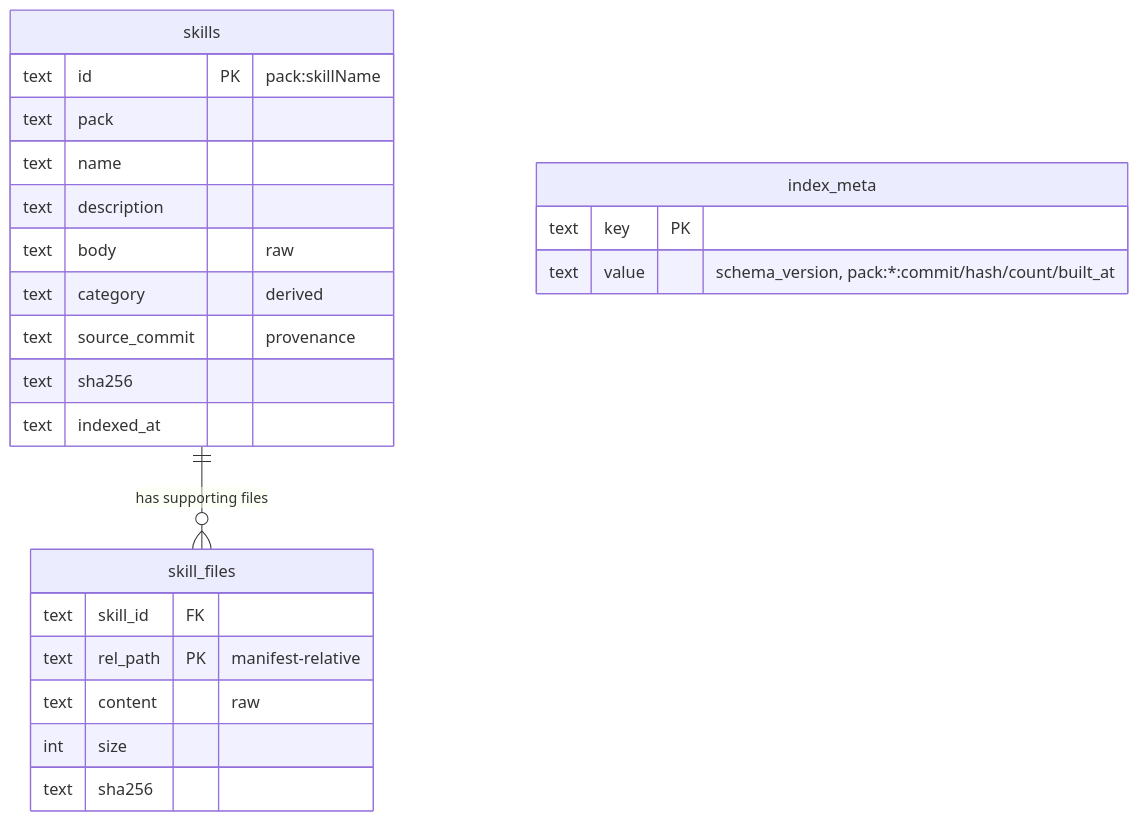
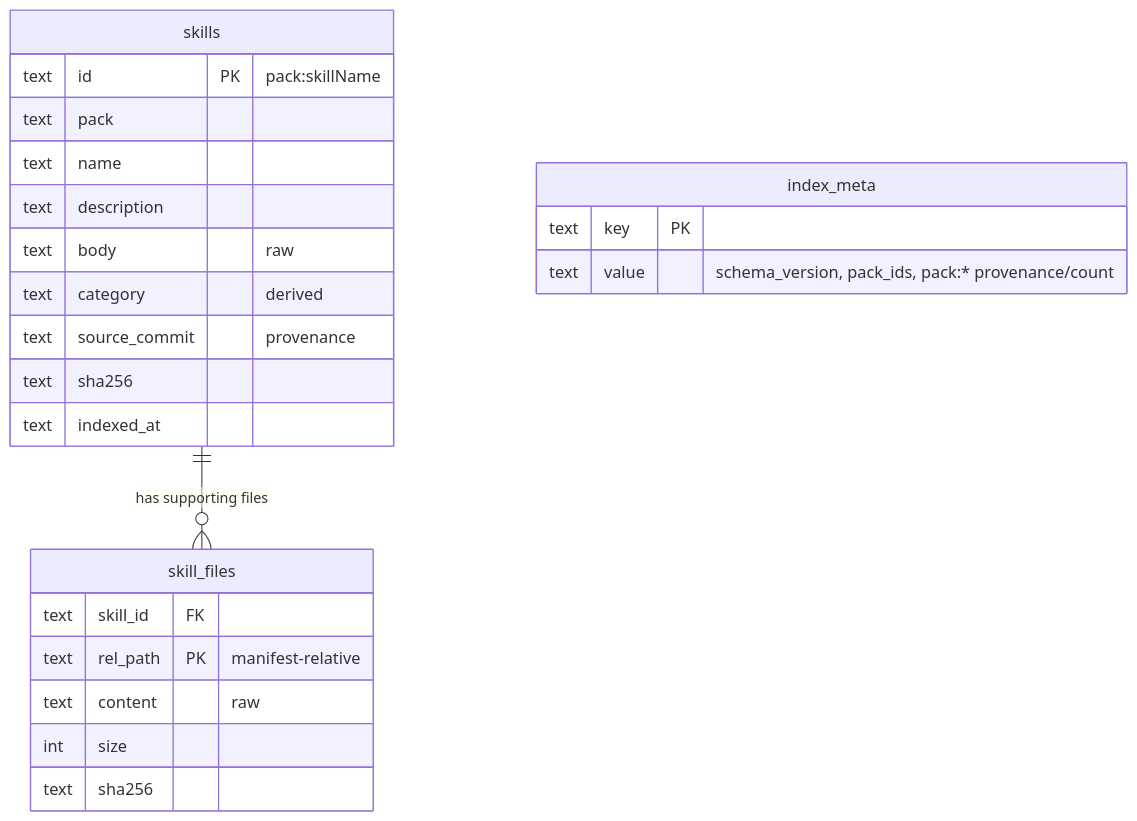
Before and after one commit to Lyther/Coding-Agent-Prompts: the second of 3 diagrams in mcps/grimoire/diagrams.md, drawn with Mermaid. The commit also changed other lines of this file and 24 other files, not shown here.

````diff
--- a/mcps/grimoire/diagrams.md
+++ b/mcps/grimoire/diagrams.md
@@ -45,26 +45,26 @@
 ```mermaid
 erDiagram
     skills ||--o{ skill_files : "has supporting files"
     skills {
         text id PK "pack:skillName"
         text pack
         text name
         text description
         text body "raw"
         text category "derived"
         text source_commit "provenance"
         text sha256
         text indexed_at
     }
     skill_files {
         text skill_id FK
         text rel_path PK "manifest-relative"
         text content "raw"
         int  size
         text sha256
     }
     index_meta {
         text key PK
-        text value "schema_version, pack:*:commit/hash/count/built_at"
+        text value "schema_version, pack_ids, pack:* provenance/count"
     }
 ```
````
